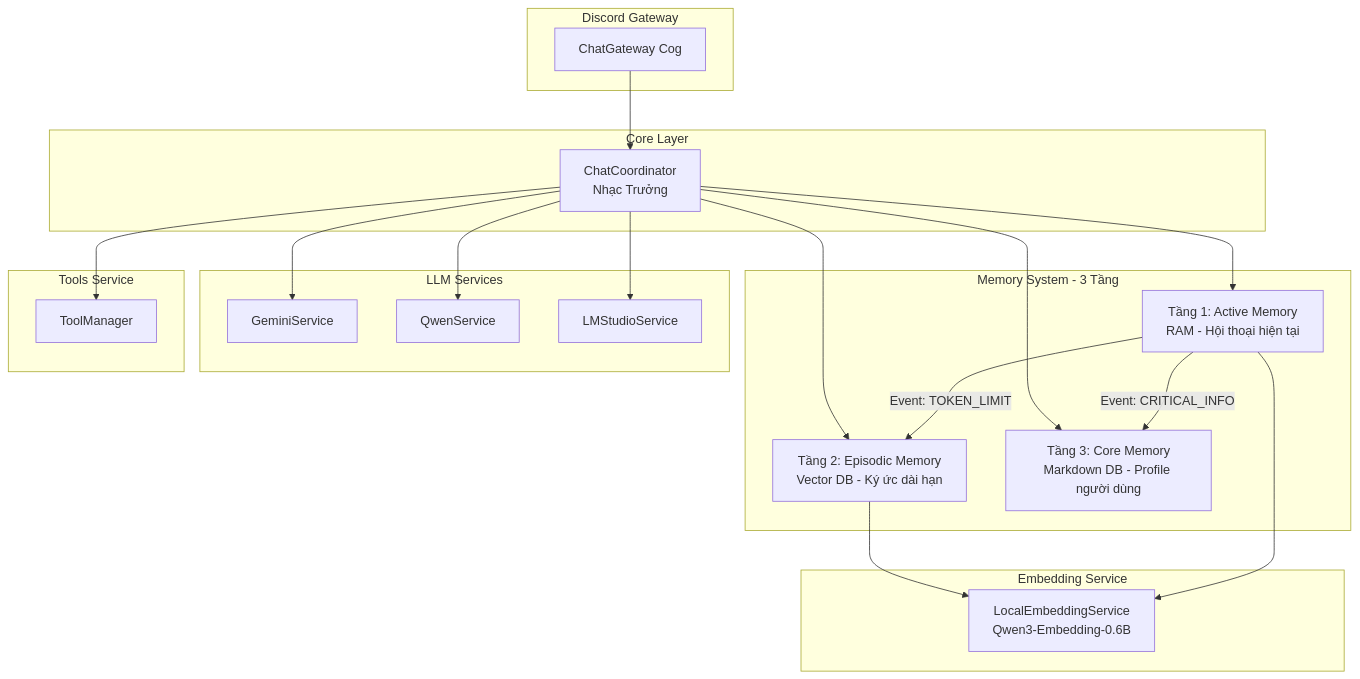
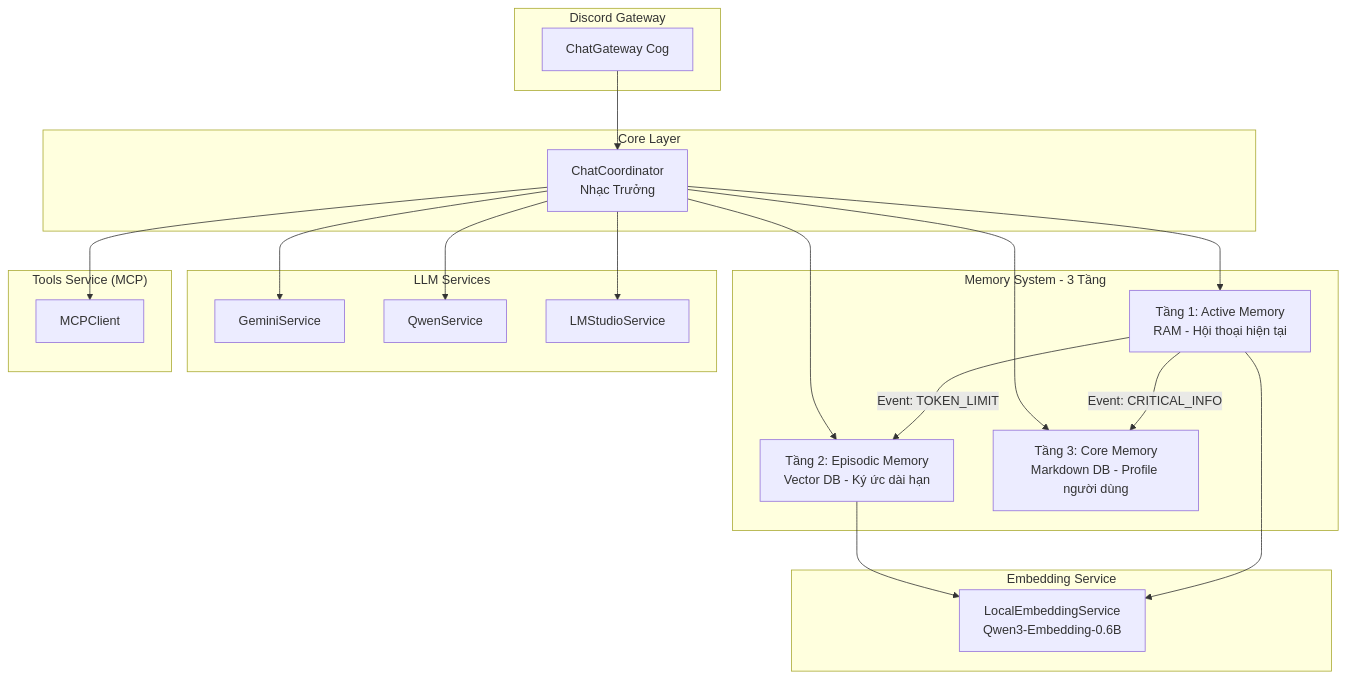
The first of 4 diagrams in README.MD (Flowerf19/Harness_agent), drawn with Mermaid before and after one commit. The commit also changed other lines of this file and 2 other files, not shown here.

Commit message:
refactor: Update tool references from ToolManager to MCPClient in ChatCoordinator and dependencies

````diff
--- a/README.MD
+++ b/README.MD
@@ -33,43 +33,43 @@
 ```mermaid
 flowchart TB
     subgraph Discord["Discord Gateway"]
         CG[ChatGateway Cog]
     end
     
     subgraph Core["Core Layer"]
         CC[ChatCoordinator<br/>Nhạc Trưởng]
     end
     
     subgraph Memory["Memory System - 3 Tầng"]
         T1[Tầng 1: Active Memory<br/>RAM - Hội thoại hiện tại]
         T2[Tầng 2: Episodic Memory<br/>Vector DB - Ký ức dài hạn]
         T3[Tầng 3: Core Memory<br/>Markdown DB - Profile người dùng]
     end
     
     subgraph LLM["LLM Services"]
         GS[GeminiService]
         QS[QwenService]
         LM[LMStudioService]
     end
     
-    subgraph Tools["Tools Service"]
-        TM[ToolManager]
+    subgraph Tools["Tools Service (MCP)"]
+        MCP[MCPClient]
     end
     
     subgraph Embedding["Embedding Service"]
         ES[LocalEmbeddingService<br/>Qwen3-Embedding-0.6B]
     end
     
     CG --> CC
     CC --> T1
     CC --> T2
     CC --> LM
-    CC --> TM
+    CC --> MCP
     CC --> T3
     T1 -->|Event: CRITICAL_INFO| T3
     T1 -->|Event: TOKEN_LIMIT| T2
     CC --> GS
     CC --> QS
     T2 --> ES
     T1 --> ES
 ```
````
